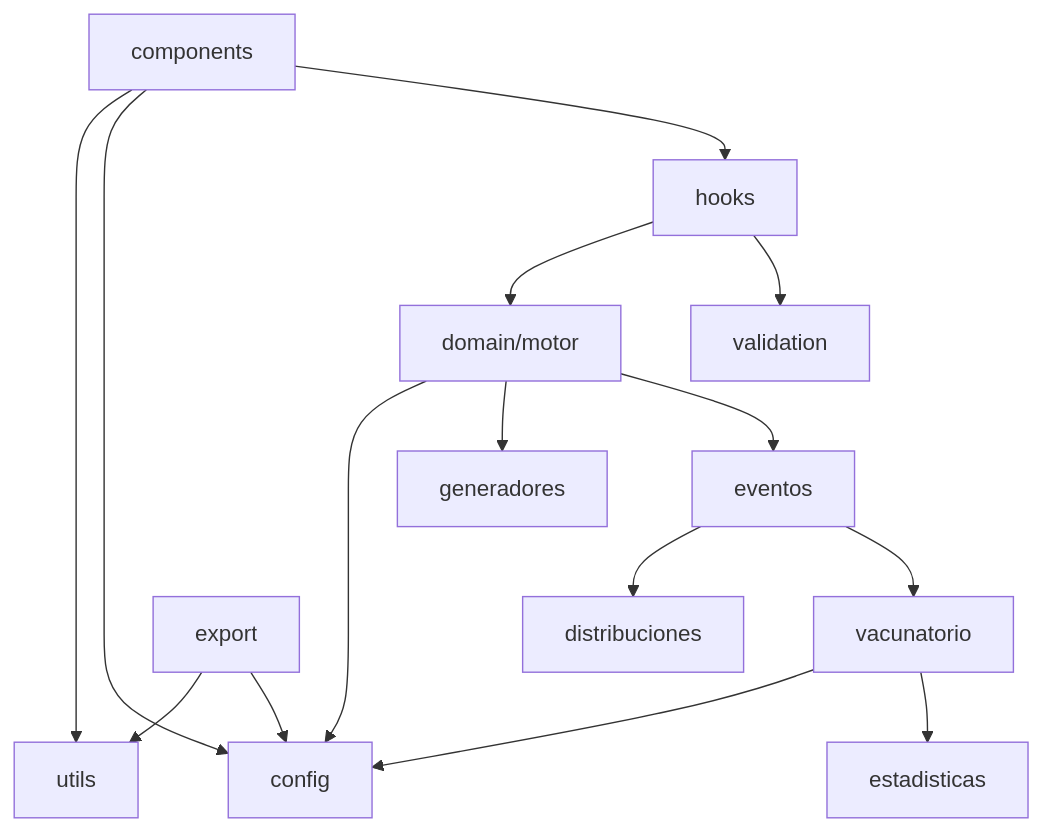
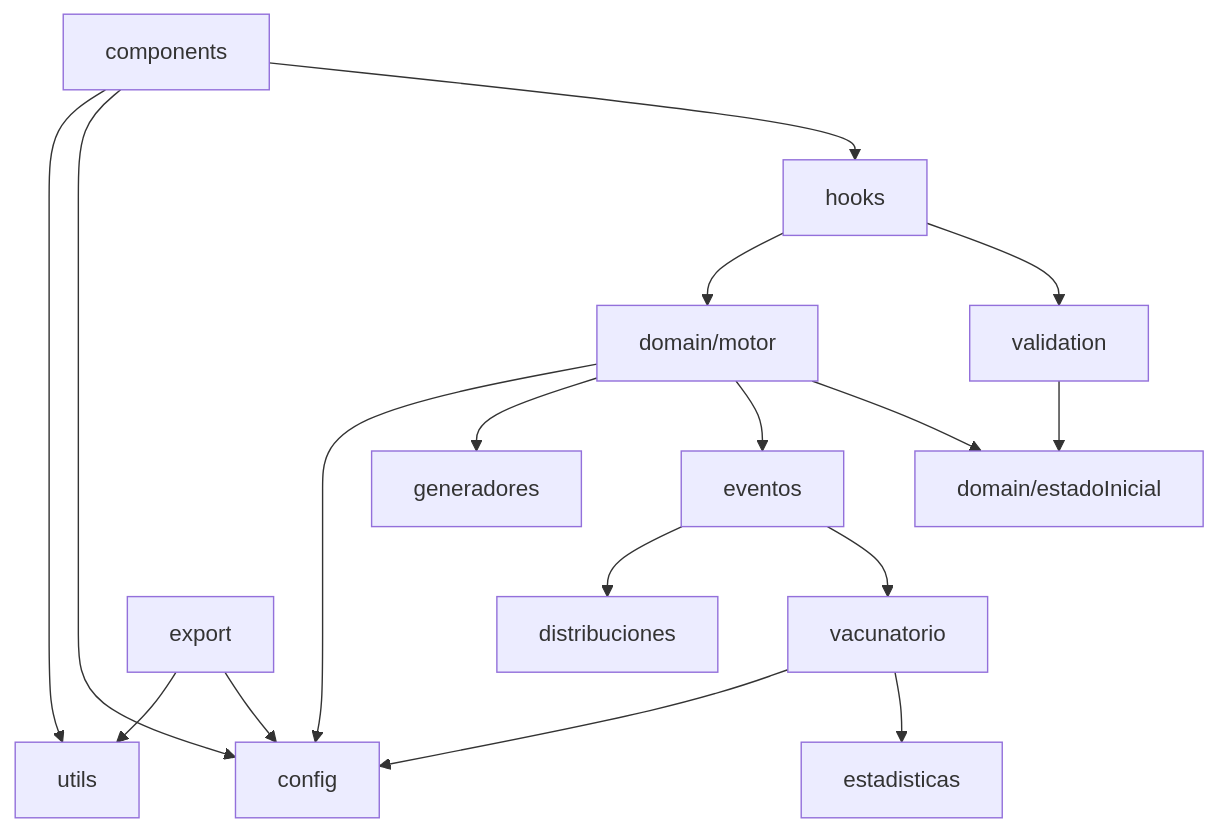
The third of 4 diagrams in README.md (AaronPana/SIM_2026_4K4_TP4), drawn with Mermaid before and after one commit. The commit also changed other lines of this file and 8 other files, not shown here.

Commit message:
feat: carga estado inicial

````diff
--- a/README.md
+++ b/README.md
@@ -468,17 +540,19 @@
 ```mermaid
 graph TD
     UI[components] --> H[hooks]
     UI --> CFG[config]
     UI --> U[utils]
     H --> V[validation]
     H --> M[domain/motor]
+    V --> EI[domain/estadoInicial]
+    M --> EI
     M --> EV[eventos]
     EV --> VAC[vacunatorio]
     VAC --> ES[estadisticas]
     M --> G[generadores]
     EV --> DI[distribuciones]
     M --> CFG
     VAC --> CFG
     EX[export] --> CFG
     EX --> U
 ```
````
